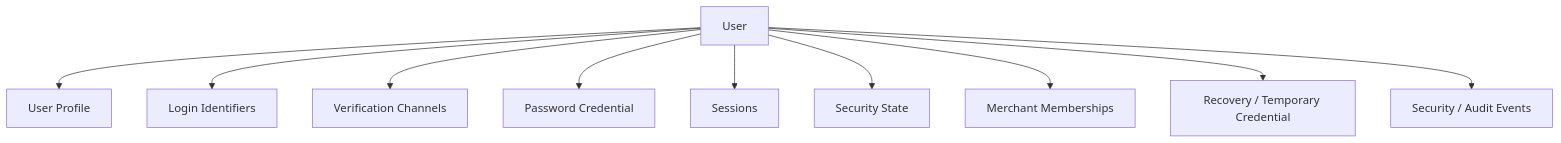
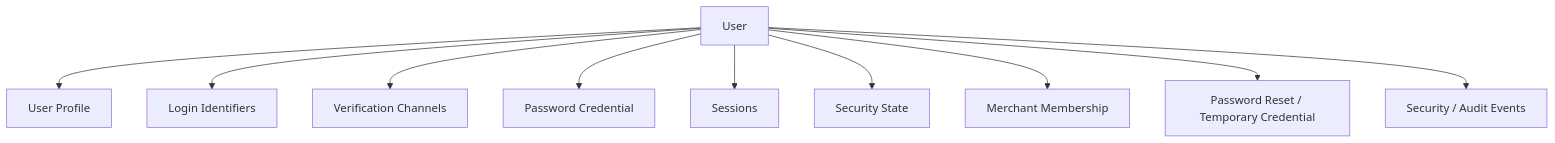
The first of 2 diagrams in docs/system-design/01-账户与身份/03-用户资料与账号管理.md (sxyq/mastergoods), drawn with Mermaid before and after one commit. The commit also changed other lines of this file and 7 other files, not shown here.

Commit message:
docs(identity): refine password reset and staff account boundaries

````diff
--- a/docs/system-design/01-账户与身份/03-用户资料与账号管理.md
+++ b/docs/system-design/01-账户与身份/03-用户资料与账号管理.md
@@ -5,14 +5,14 @@
 ```mermaid
 flowchart TD
     USER[User]
 
     USER --> PROFILE[User Profile]
     USER --> ID[Login Identifiers]
     USER --> CHANNEL[Verification Channels]
     USER --> PASSWORD[Password Credential]
     USER --> SESSION[Sessions]
     USER --> SECURITY[Security State]
-    USER --> MEMBER[Merchant Memberships]
-    USER --> RECOVERY[Recovery / Temporary Credential]
+    USER --> MEMBER[Merchant Membership]
+    USER --> RESET[Password Reset / Temporary Credential]
     USER --> EVENT[Security / Audit Events]
 ```
````
